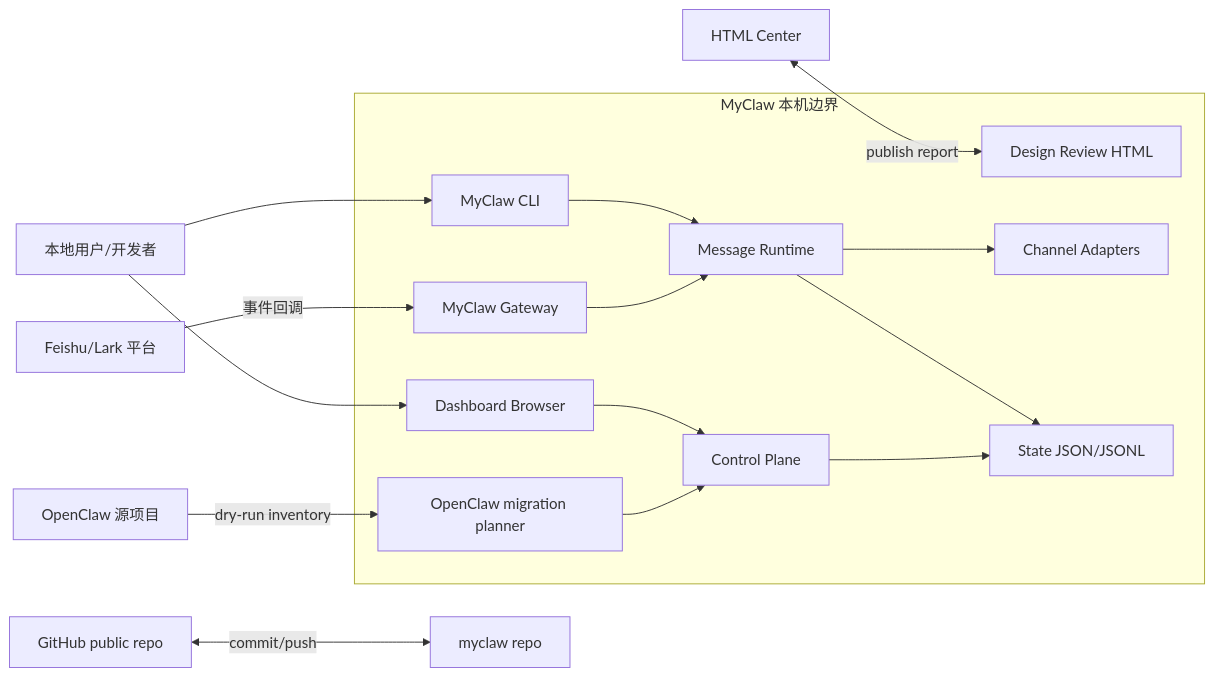
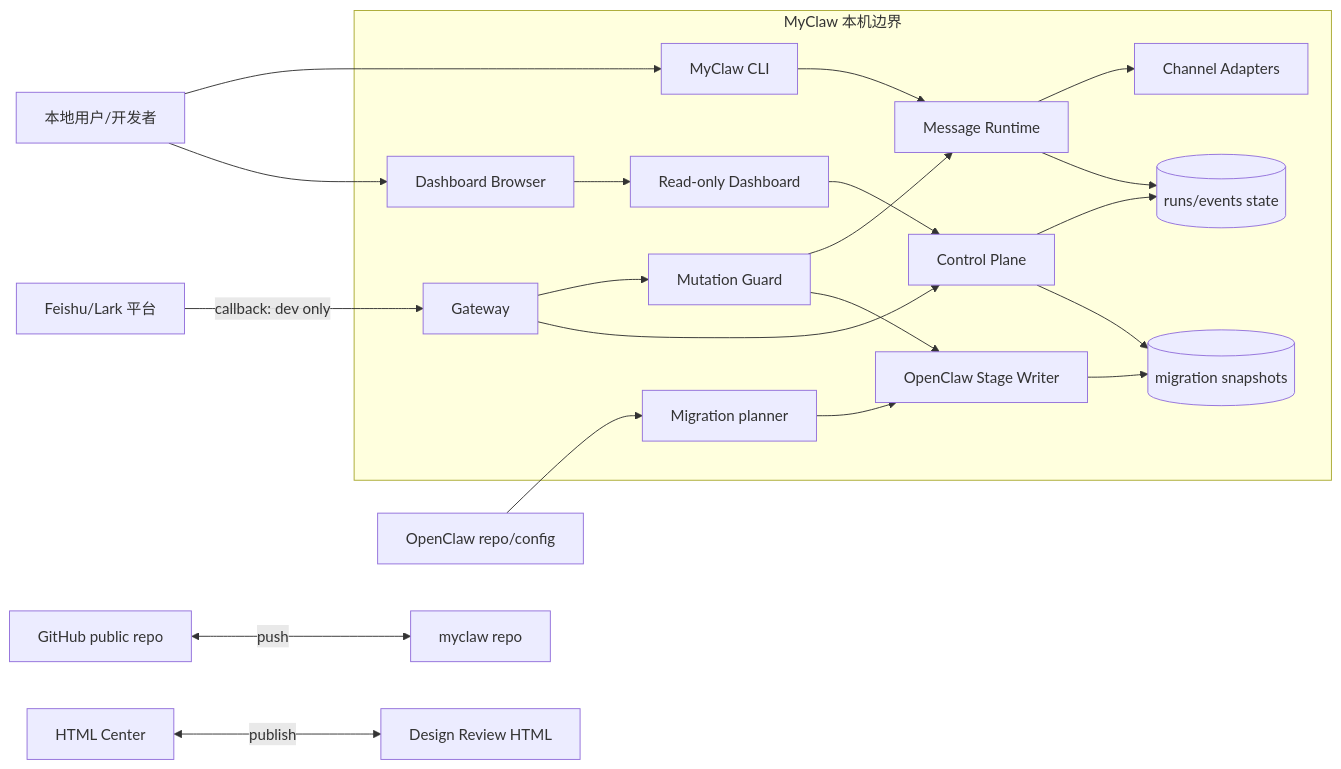
The first of 9 diagrams in docs/implementation-architecture.md (mayf3/myclaw), drawn with Mermaid before and after one commit. The commit also changed other lines of this file and 18 other files, not shown here.

Commit message:
feat: guard gateway mutations and stage openclaw migration

````diff
--- a/docs/implementation-architecture.md
+++ b/docs/implementation-architecture.md
@@ -23,20 +23,25 @@
 ```mermaid
 flowchart LR
   User[本地用户/开发者] --> CLI[MyClaw CLI]
-  User --> Dashboard[Dashboard Browser]
-  Feishu[Feishu/Lark 平台] -->|事件回调| Gateway[MyClaw Gateway]
-  GitHub[GitHub public repo] <-->|commit/push| Repo[myclaw repo]
-  OpenClaw[OpenClaw 源项目] -->|dry-run inventory| Migration[OpenClaw migration planner]
-  HtmlCenter[HTML Center] <-->|publish report| Docs[Design Review HTML]
+  User --> Browser[Dashboard Browser]
+  Feishu[Feishu/Lark 平台] -->|callback: dev only| Gateway[Gateway]
+  OpenClaw[OpenClaw repo/config] --> Planner[Migration planner]
+  GitHub[GitHub public repo] <-->|push| Repo[myclaw repo]
+  HtmlCenter[HTML Center] <-->|publish| Reports[Design Review HTML]
 
-  subgraph Boundary[MyClaw 本机边界]
+  subgraph MyClaw[MyClaw 本机边界]
     CLI --> Runtime[Message Runtime]
-    Gateway --> Runtime
-    Dashboard --> Control[Control Plane]
+    Gateway --> Guard[Mutation Guard]
+    Guard --> Runtime
+    Guard --> StageWriter[OpenClaw Stage Writer]
+    Browser --> DashboardServer[Read-only Dashboard]
+    DashboardServer --> Control
     Runtime --> Channels[Channel Adapters]
-    Runtime --> State[State JSON/JSONL]
+    Runtime --> State[(runs/events state)]
+    StageWriter --> StageState[(migration snapshots)]
+    Planner --> StageWriter
+    Gateway --> Control[Control Plane]
     Control --> State
-    Migration --> Control
-    Docs
+    Control --> StageState
   end
 ```
````
